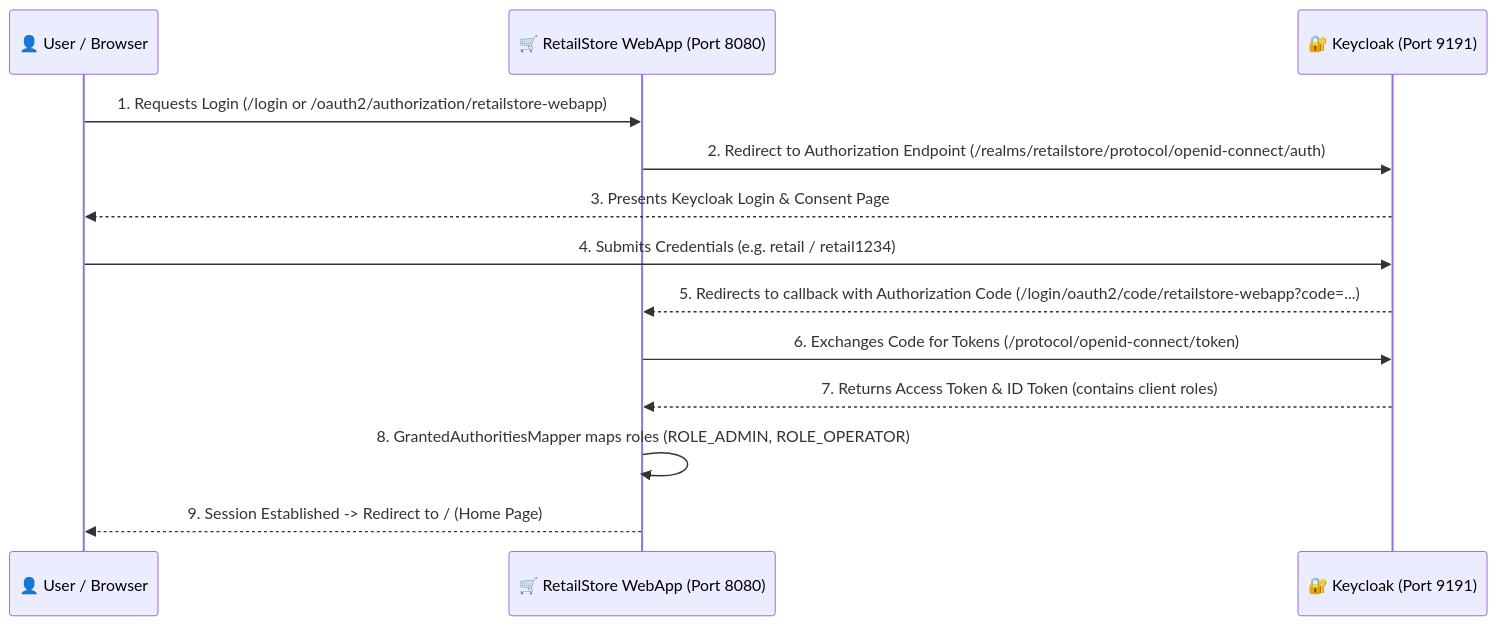
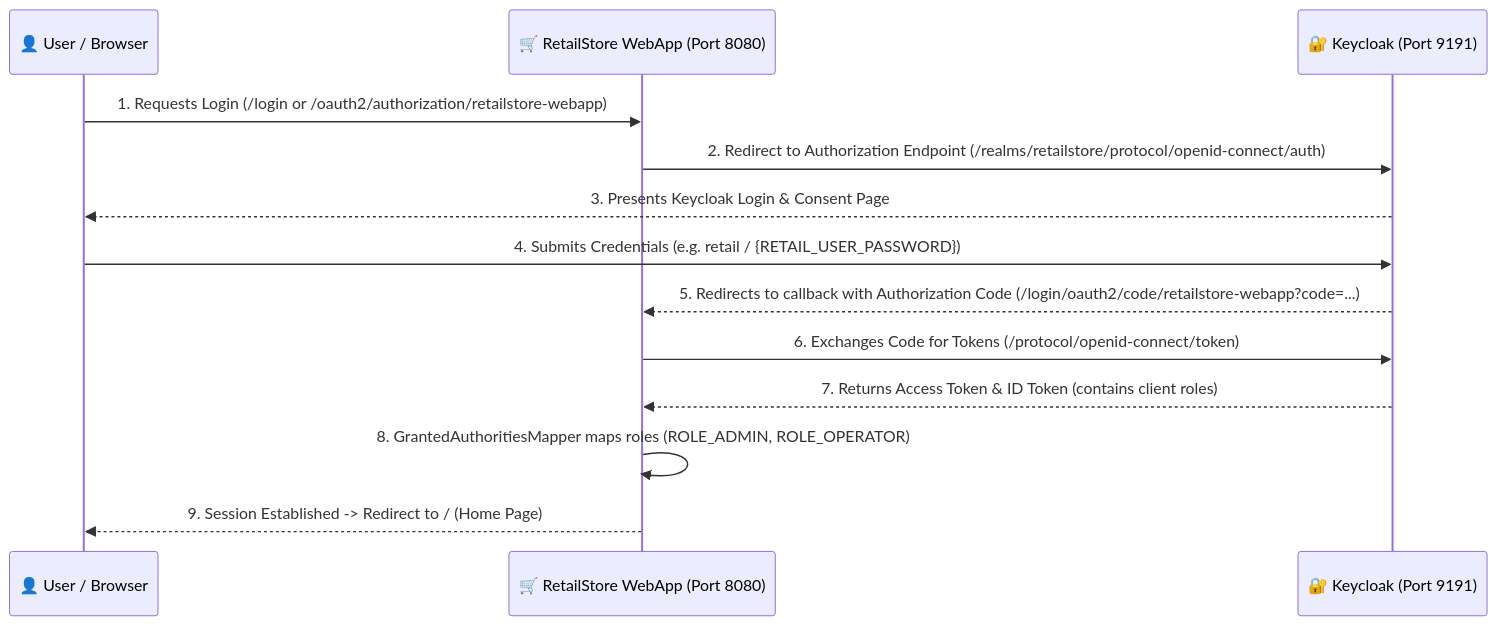
The diagram in retail-store-webapp/ReadMe.md (rajadilipkolli/spring-boot-microservices-series-v2), drawn with Mermaid before and after one commit. The commit also changed other lines of this file and 12 other files, not shown here.

````diff
--- a/retail-store-webapp/ReadMe.md
+++ b/retail-store-webapp/ReadMe.md
@@ -119,16 +119,16 @@
 ```mermaid
 sequenceDiagram
     participant User as 👤 User / Browser
     participant WebApp as 🛒 RetailStore WebApp (Port 8080)
     participant Keycloak as 🔐 Keycloak (Port 9191)
 
     User->>WebApp: 1. Requests Login (/login or /oauth2/authorization/retailstore-webapp)
     WebApp->>Keycloak: 2. Redirect to Authorization Endpoint (/realms/retailstore/protocol/openid-connect/auth)
     Keycloak-->>User: 3. Presents Keycloak Login & Consent Page
-    User->>Keycloak: 4. Submits Credentials (e.g. retail / retail1234)
+    User->>Keycloak: 4. Submits Credentials (e.g. retail / {RETAIL_USER_PASSWORD})
     Keycloak-->>WebApp: 5. Redirects to callback with Authorization Code (/login/oauth2/code/retailstore-webapp?code=...)
     WebApp->>Keycloak: 6. Exchanges Code for Tokens (/protocol/openid-connect/token)
     Keycloak-->>WebApp: 7. Returns Access Token & ID Token (contains client roles)
     WebApp->>WebApp: 8. GrantedAuthoritiesMapper maps roles (ROLE_ADMIN, ROLE_OPERATOR)
     WebApp-->>User: 9. Session Established -> Redirect to / (Home Page)
 ```
````
